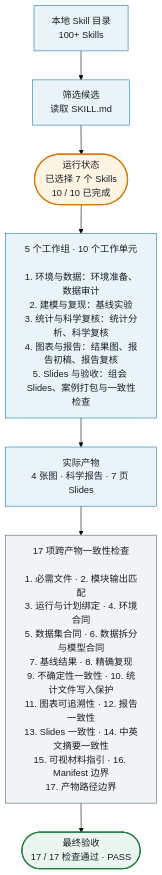
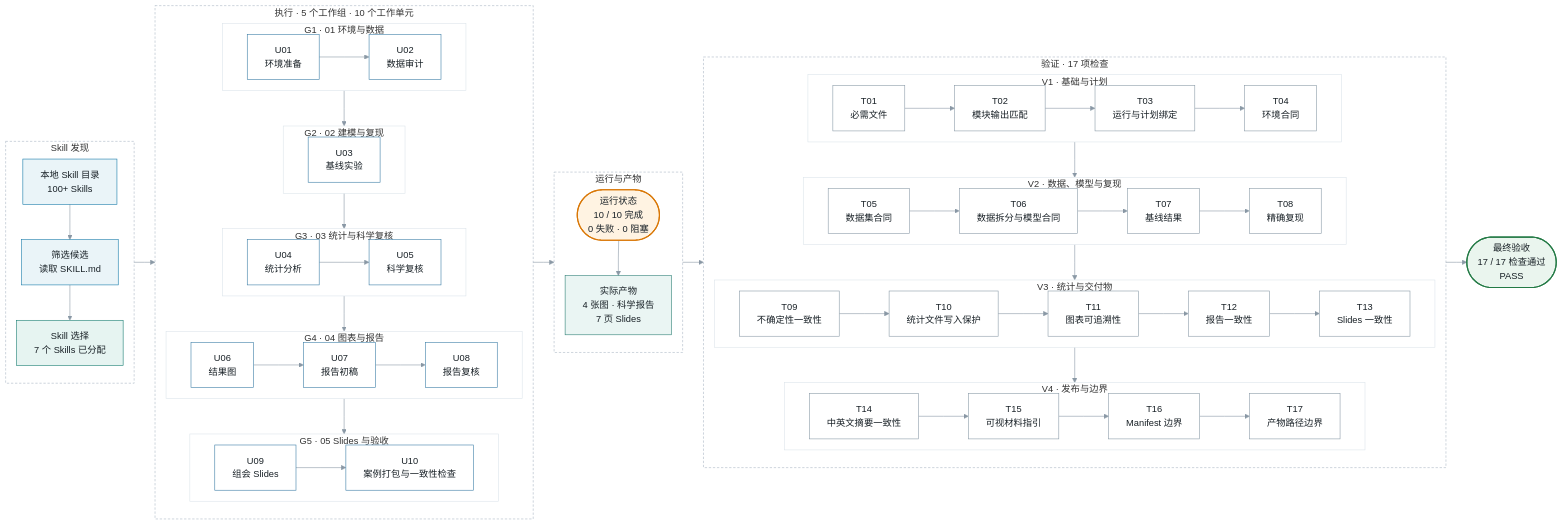
The diagram in README.zh.md (hallfay0/Vibe-Skills), drawn with Mermaid (forest theme) before and after one commit. The commit also changed other lines of this file and 2 other files, not shown here.

Commit message:
docs: expand horizontal case run map

````diff
--- a/README.zh.md
+++ b/README.zh.md
@@ -73,18 +73,154 @@
 ```mermaid
-flowchart TB
-    A["本地 Skill 目录<br/>100+ Skills"] --> B["筛选候选<br/>读取 SKILL.md"]
-    B --> S(["运行状态<br/>已选择 7 个 Skills<br/>10 / 10 已完成"])
-    S --> W["5 个工作组 · 10 个工作单元<br/><br/>1. 环境与数据：环境准备、数据审计<br/>2. 建模与复现：基线实验<br/>3. 统计与科学复核：统计分析、科学复核<br/>4. 图表与报告：结果图、报告初稿、报告复核<br/>5. Slides 与验收：组会 Slides、案例打包与一致性检查"]
-    W --> D["实际产物<br/>4 张图 · 科学报告 · 7 页 Slides"]
-    D --> C["17 项跨产物一致性检查<br/><br/>1. 必需文件 · 2. 模块输出匹配<br/>3. 运行与计划绑定 · 4. 环境合同<br/>5. 数据集合同 · 6. 数据拆分与模型合同<br/>7. 基线结果 · 8. 精确复现<br/>9. 不确定性一致性 · 10. 统计文件写入保护<br/>11. 图表可追溯性 · 12. 报告一致性<br/>13. Slides 一致性 · 14. 中英文摘要一致性<br/>15. 可视材料指引 · 16. Manifest 边界<br/>17. 产物路径边界"]
-    C --> E(["最终验收<br/>17 / 17 检查通过 · PASS"])
+%%{init: {"flowchart": {"curve": "linear", "nodeSpacing": 18, "rankSpacing": 36}}}%%
+flowchart LR
+    subgraph DISC["Skill 发现"]
+        direction TB
+        A["本地 Skill 目录<br/>100+ Skills"]
+        B["筛选候选<br/>读取 SKILL.md"]
+        SEL["Skill 选择<br/>7 个 Skills 已分配"]
+        A --> B
+        B --> SEL
+    end
 
-    classDef work fill:#EAF4F8,stroke:#1479A8,color:#182026;
+    subgraph EXEC["执行 · 5 个工作组 · 10 个工作单元"]
+        direction TB
+
+        subgraph G1["G1 · 01 环境与数据"]
+            direction LR
+            u01["U01<br/>环境准备"]
+            u02["U02<br/>数据审计"]
+            u01 --> u02
+        end
+
+        subgraph G2["G2 · 02 建模与复现"]
+            direction LR
+            u03["U03<br/>基线实验"]
+        end
+
+        subgraph G3["G3 · 03 统计与科学复核"]
+            direction LR
+            u04["U04<br/>统计分析"]
+            u05["U05<br/>科学复核"]
+            u04 --> u05
+        end
+
+        subgraph G4["G4 · 04 图表与报告"]
+            direction LR
+            u06["U06<br/>结果图"]
+            u07["U07<br/>报告初稿"]
+            u08["U08<br/>报告复核"]
+            u06 --> u07
+            u07 --> u08
+        end
+
+        subgraph G5["G5 · 05 Slides 与验收"]
+            direction LR
+            u09["U09<br/>组会 Slides"]
+            u10["U10<br/>案例打包与一致性检查"]
+            u09 --> u10
+        end
+
+        G1 --> G2
+        G2 --> G3
+        G3 --> G4
+        G4 --> G5
+    end
+
+    subgraph MID["运行与产物"]
+        direction TB
+        S(["运行状态<br/>10 / 10 完成<br/>0 失败 · 0 阻塞"])
+        D["实际产物<br/>4 张图 · 科学报告<br/>7 页 Slides"]
+        S --> D
+    end
+
+    subgraph VERIFY["验证 · 17 项检查"]
+        direction TB
+
+        subgraph V1["V1 · 基础与计划"]
+            direction LR
+            t01["T01<br/>必需文件"]
+            t02["T02<br/>模块输出匹配"]
+            t03["T03<br/>运行与计划绑定"]
+            t04["T04<br/>环境合同"]
+            t01 --> t02
+            t02 --> t03
+            t03 --> t04
+        end
+
+        subgraph V2["V2 · 数据、模型与复现"]
+            direction LR
+            t05["T05<br/>数据集合同"]
+            t06["T06<br/>数据拆分与模型合同"]
+            t07["T07<br/>基线结果"]
+            t08["T08<br/>精确复现"]
+            t05 --> t06
+            t06 --> t07
+            t07 --> t08
+        end
+
+        subgraph V3["V3 · 统计与交付物"]
+            direction LR
+            t09["T09<br/>不确定性一致性"]
+            t10["T10<br/>统计文件写入保护"]
+            t11["T11<br/>图表可追溯性"]
+            t12["T12<br/>报告一致性"]
+            t13["T13<br/>Slides 一致性"]
+            t09 --> t10
+            t10 --> t11
+            t11 --> t12
+            t12 --> t13
+        end
+
+        subgraph V4["V4 · 发布与边界"]
+            direction LR
+            t14["T14<br/>中英文摘要一致性"]
+            t15["T15<br/>可视材料指引"]
+            t16["T16<br/>Manifest 边界"]
+            t17["T17<br/>产物路径边界"]
+            t14 --> t15
+            t15 --> t16
+            t16 --> t17
+        end
+
+        V1 --> V2
+        V2 --> V3
+        V3 --> V4
+    end
+
+    E(["最终验收<br/>17 / 17 检查通过<br/>PASS"])
+
+    DISC --> EXEC
+    EXEC --> MID
+    MID --> VERIFY
+    VERIFY --> E
+
+    classDef source fill:#EAF4F8,stroke:#1479A8,color:#182026;
+    classDef selected fill:#E6F4F1,stroke:#167C70,color:#182026;
+    classDef unit fill:#FFFFFF,stroke:#3A7CA5,color:#182026;
     classDef status fill:#FFF3E2,stroke:#D97706,color:#182026,stroke-width:2px;
-    classDef checks fill:#F1F4F6,stroke:#52606A,color:#182026;
+    classDef output fill:#EAF5F3,stroke:#2D7F75,color:#182026;
+    classDef check fill:#FFFFFF,stroke:#8A9AA7,color:#182026;
     classDef result fill:#EAF5EE,stroke:#237A45,color:#182026,stroke-width:2px;
-    class A,B,W,D work;
+    class A,B source;
+    class SEL selected;
+    class u01,u02,u03,u04,u05,u06,u07,u08,u09,u10 unit;
     class S status;
-    class C checks;
+    class D output;
+    class t01,t02,t03,t04,t05,t06,t07,t08,t09,t10,t11,t12,t13,t14,t15,t16,t17 check;
     class E result;
+
+    style DISC fill:transparent,stroke:#AAB7C4,stroke-width:1px,stroke-dasharray:4 3;
+    style EXEC fill:transparent,stroke:#AAB7C4,stroke-width:1px,stroke-dasharray:4 3;
+    style MID fill:transparent,stroke:#AAB7C4,stroke-width:1px,stroke-dasharray:4 3;
+    style VERIFY fill:transparent,stroke:#AAB7C4,stroke-width:1px,stroke-dasharray:4 3;
+    style G1 fill:#FFFFFF,stroke:#DCE4EA,stroke-width:1px;
+    style G2 fill:#FFFFFF,stroke:#DCE4EA,stroke-width:1px;
+    style G3 fill:#FFFFFF,stroke:#DCE4EA,stroke-width:1px;
+    style G4 fill:#FFFFFF,stroke:#DCE4EA,stroke-width:1px;
+    style G5 fill:#FFFFFF,stroke:#DCE4EA,stroke-width:1px;
+    style V1 fill:#FFFFFF,stroke:#DCE4EA,stroke-width:1px;
+    style V2 fill:#FFFFFF,stroke:#DCE4EA,stroke-width:1px;
+    style V3 fill:#FFFFFF,stroke:#DCE4EA,stroke-width:1px;
+    style V4 fill:#FFFFFF,stroke:#DCE4EA,stroke-width:1px;
+    linkStyle default stroke:#8A98A5,stroke-width:1px;
 ```
````
